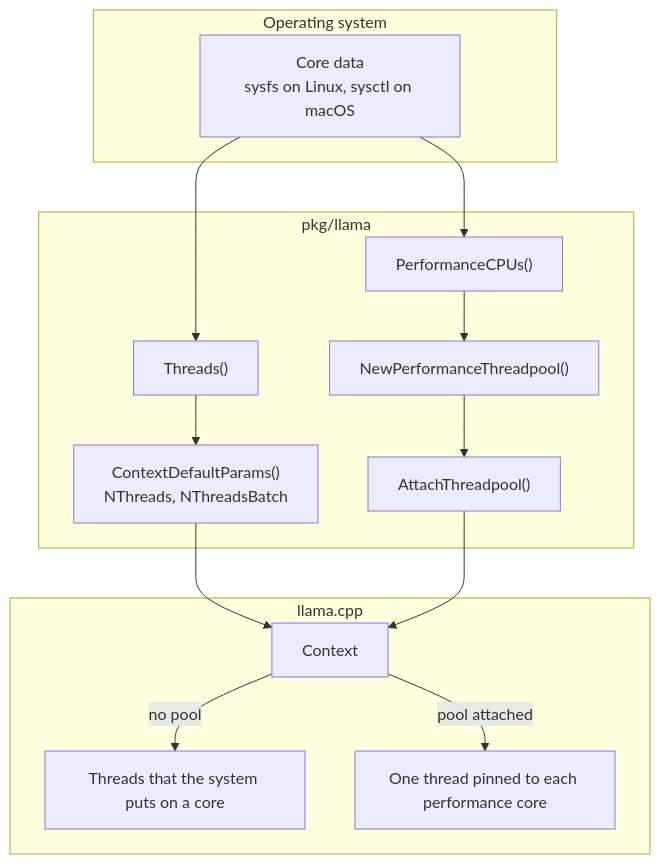
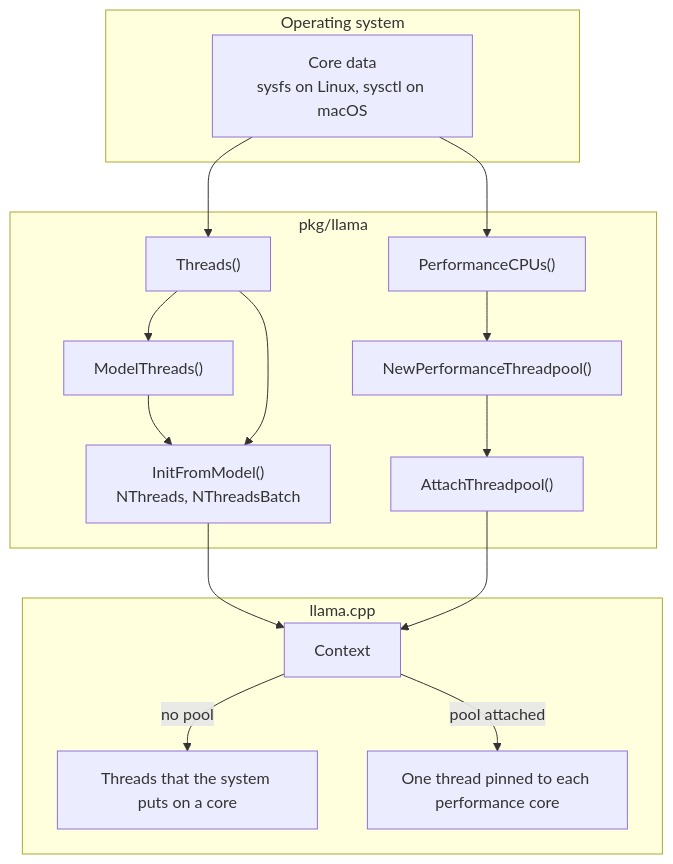
The second of 2 diagrams in content/docs/concepts/threading.md (hybridgroup/yzma-site), drawn with Mermaid before and after one commit. The commit also changed other lines of this file and 14 other files, not shown here.

````diff
--- a/content/docs/concepts/threading.md
+++ b/content/docs/concepts/threading.md
@@ -54,28 +54,31 @@
 ```mermaid
 flowchart TD
     subgraph os["Operating system"]
         cores["Core data<br/>sysfs on Linux, sysctl on macOS"]
     end
     subgraph yzma["pkg/llama"]
         threads["Threads()"]
         perf["PerformanceCPUs()"]
-        params["ContextDefaultParams()<br/>NThreads, NThreadsBatch"]
+        mthreads["ModelThreads()"]
+        params["InitFromModel()<br/>NThreads, NThreadsBatch"]
         pool["NewPerformanceThreadpool()"]
         attach["AttachThreadpool()"]
     end
     subgraph native["llama.cpp"]
         ctx["Context"]
         free["Threads that the system puts on a core"]
         pinned["One thread pinned to each performance core"]
     end
 
     cores --> threads
     cores --> perf
+    threads --> mthreads
+    mthreads --> params
     threads --> params
     params --> ctx
     perf --> pool
     pool --> attach
     attach --> ctx
     ctx -- "no pool" --> free
     ctx -- "pool attached" --> pinned
 ```
````
